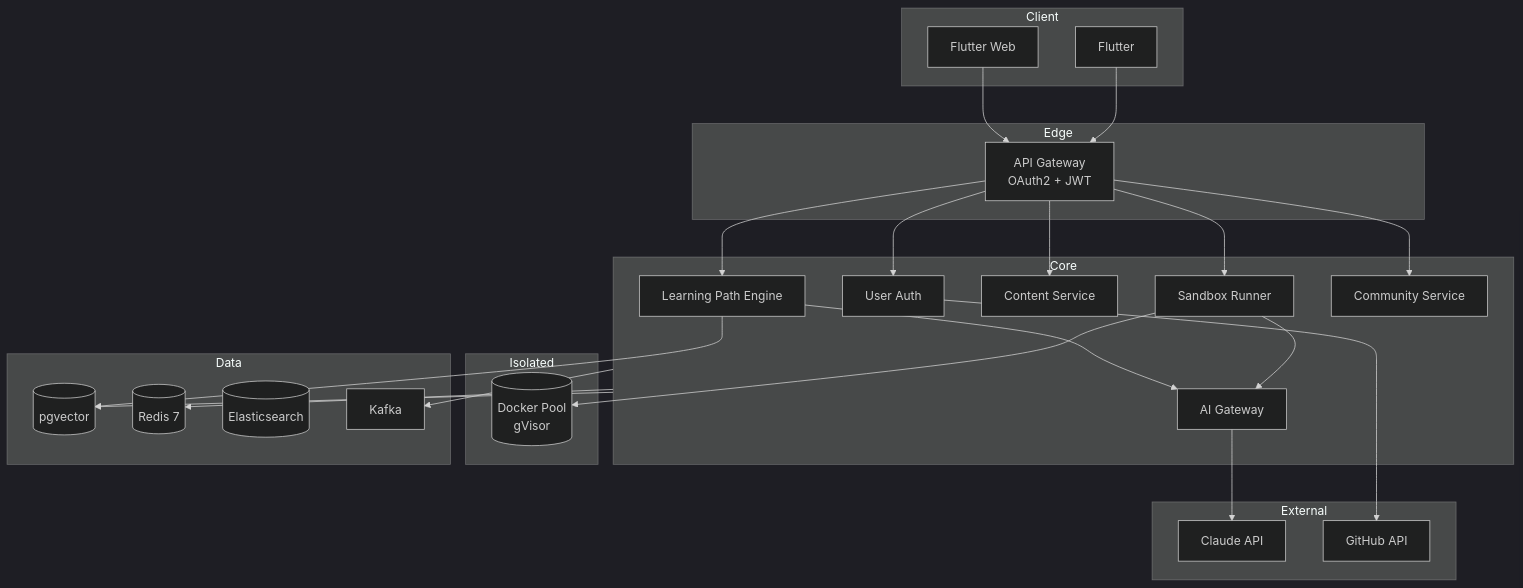
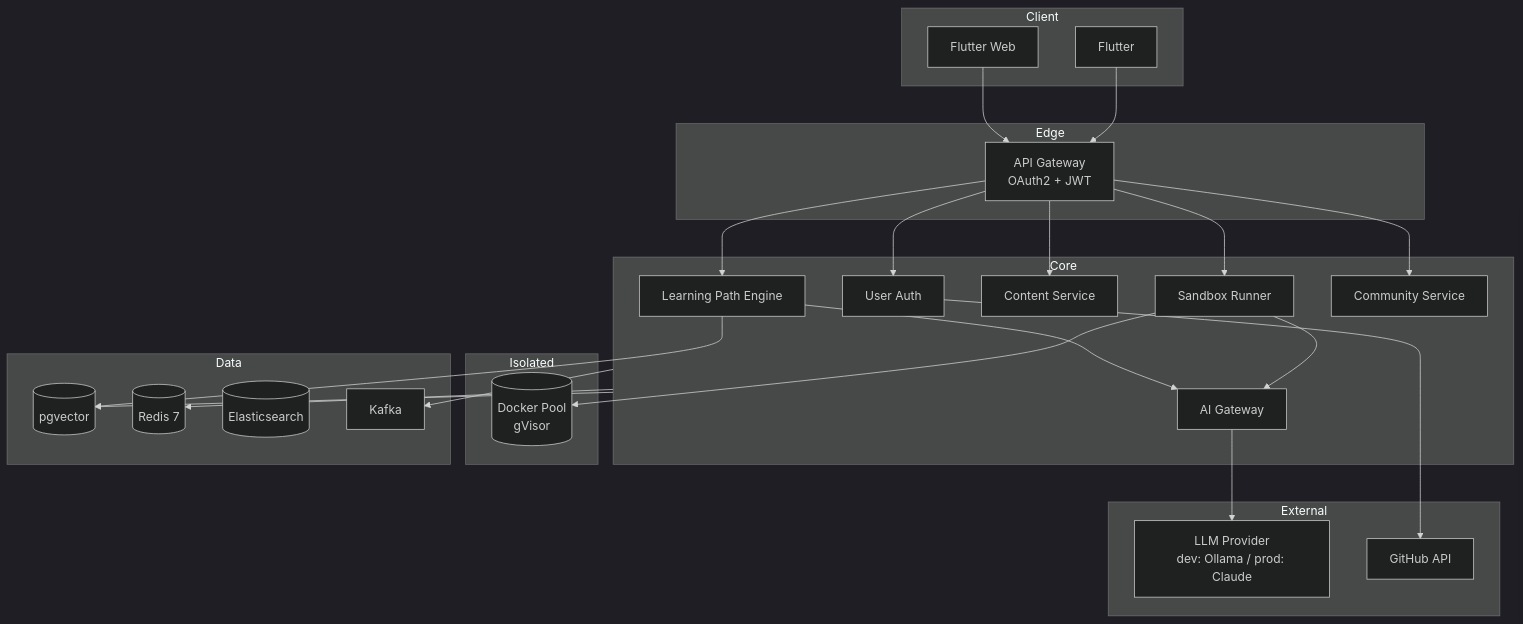
The diagram in 03_프로젝트_아키텍처_정의서.md (DevPathAi/documents), drawn with Mermaid (dark theme) before and after one commit. The commit also changed other lines of this file and 19 other files, not shown here.

````diff
--- a/03_프로젝트_아키텍처_정의서.md
+++ b/03_프로젝트_아키텍처_정의서.md
@@ -43,42 +43,42 @@
 ```mermaid
 graph TB
     subgraph Client
         Web[Flutter Web]
         Mobile[Flutter]
     end
     subgraph Edge
         Gateway[API Gateway<br/>OAuth2 + JWT]
     end
     subgraph Core
         Auth[User Auth]
         Path[Learning Path Engine]
         Content[Content Service]
         Sbx[Sandbox Runner]
         Com[Community Service]
         AIGW[AI Gateway]
     end
     subgraph Isolated
         Docker[(Docker Pool<br/>gVisor)]
     end
     subgraph External
-        Claude[Claude API]
+        LLM[LLM Provider<br/>dev: Ollama / prod: Claude]
         GH[GitHub API]
     end
     subgraph Data
         PG[(PostgreSQL 17)]
         PG[(pgvector)]
         Redis[(Redis 7)]
         ES[(Elasticsearch)]
         Kafka[Kafka]
     end
 
     Web --> Gateway
     Mobile --> Gateway
     Gateway --> Auth & Path & Content & Sbx & Com
-    Path --> AIGW --> Claude
+    Path --> AIGW --> LLM
     Path --> PG
     Sbx --> Docker
     Sbx --> AIGW
     Core --> PG & Redis & Kafka
     Auth --> GH
 ```
````
